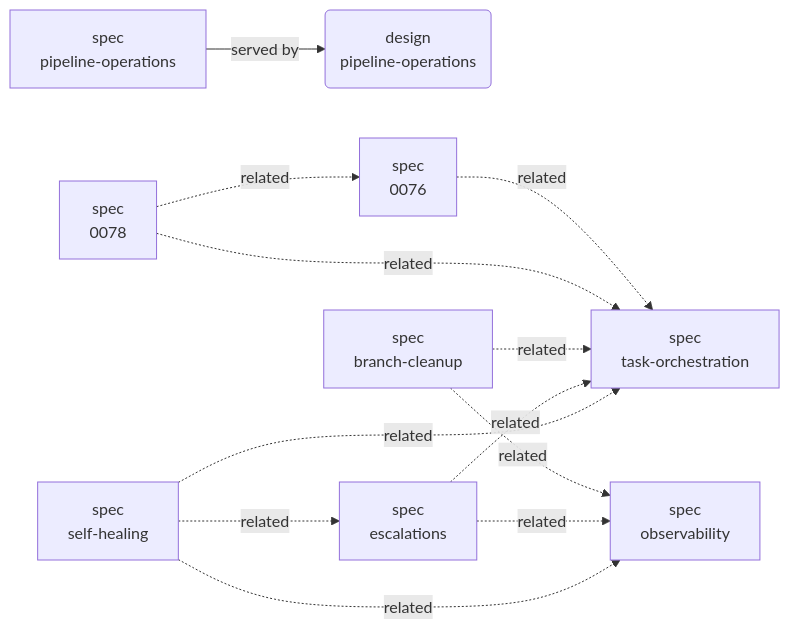
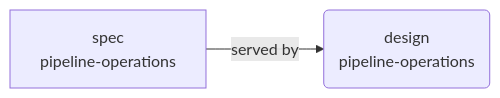
One commit to coder-devx/coder-system changed the first of 6 diagrams in system/GRAPH.md. Above: the diagram before and after it, drawn with Mermaid. The commit also changed other lines of this file and 67 other files, not shown here.

````diff
--- a/system/GRAPH.md
+++ b/system/GRAPH.md
@@ -9,23 +9,6 @@
 ```mermaid
 flowchart LR
   n000("design<br/>pipeline-operations")
-  n001["spec<br/>0076"]
-  n002["spec<br/>0078"]
-  n003["spec<br/>branch-cleanup"]
-  n004["spec<br/>escalations"]
-  n005["spec<br/>observability"]
-  n006["spec<br/>pipeline-operations"]
-  n007["spec<br/>self-healing"]
-  n008["spec<br/>task-orchestration"]
-  n006 -->|served by| n000
-  n001 -.->|related| n008
-  n002 -.->|related| n001
-  n002 -.->|related| n008
-  n003 -.->|related| n008
-  n003 -.->|related| n005
-  n004 -.->|related| n008
-  n004 -.->|related| n005
-  n007 -.->|related| n008
-  n007 -.->|related| n005
-  n007 -.->|related| n004
+  n001["spec<br/>pipeline-operations"]
+  n001 -->|served by| n000
 ```
````
